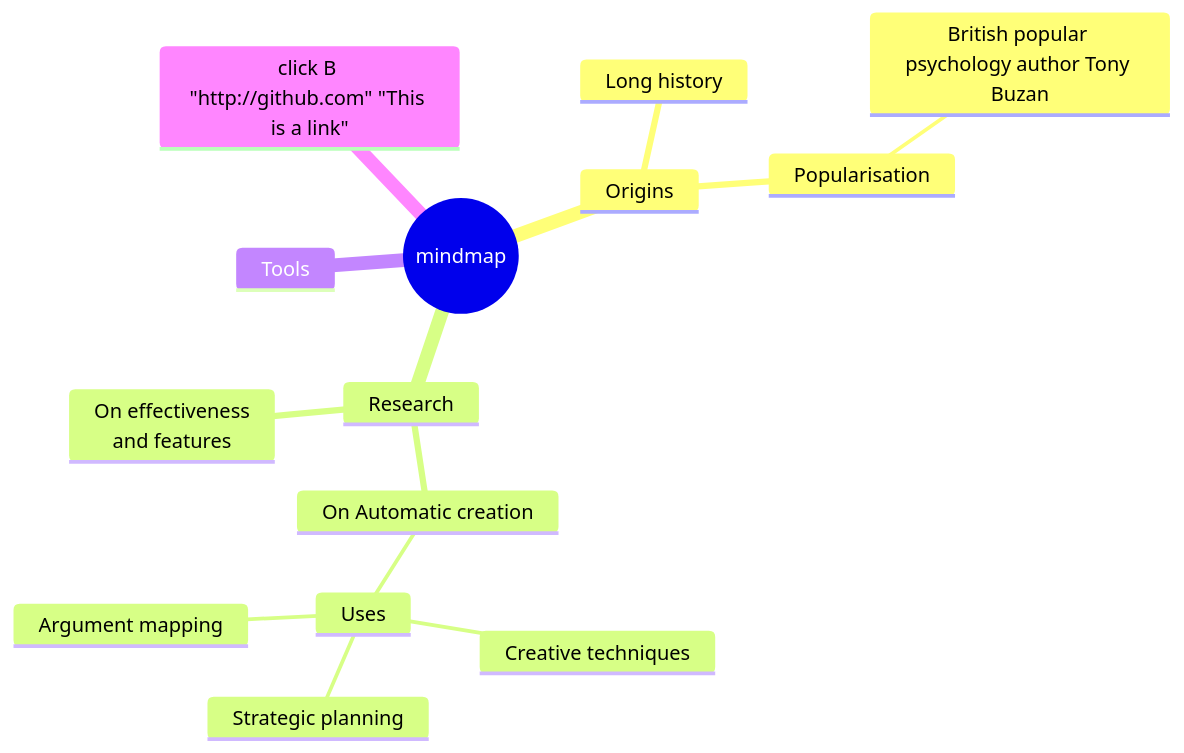
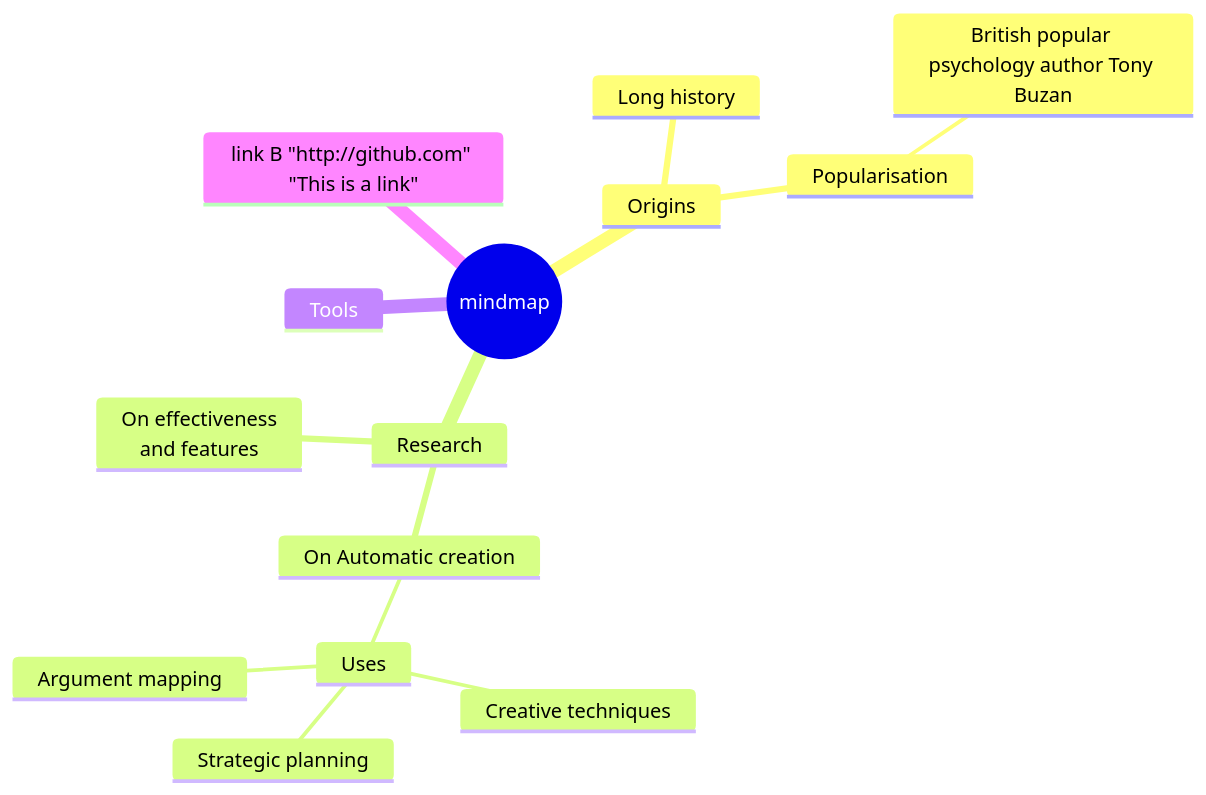
Before and after one commit to aghazadehm/test: the diagram in test1.md, drawn with Mermaid.

````diff
--- a/test1.md
+++ b/test1.md
@@ -1,18 +1,18 @@
 ```mermaid
 mindmap
   root((mindmap))
     Origins
       Long history
       ::icon(fa fa-book)
       Popularisation
         British popular psychology author Tony Buzan
     Research
       On effectiveness<br/>and features
       On Automatic creation
         Uses
             Creative techniques
             Strategic planning
             Argument mapping
     Tools
-    click B "http://github.com" "This is a link"
+    link B "http://github.com" "This is a link"
 ```
````
